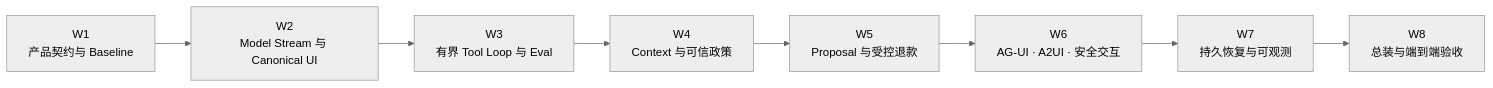
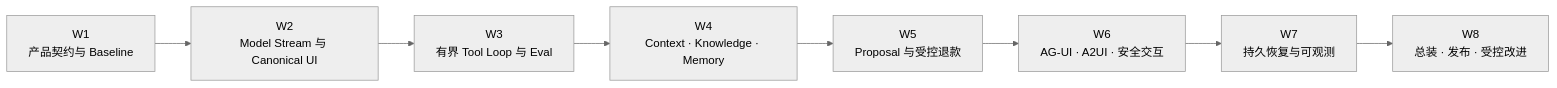
The diagram in site/11-综合实践与作品设计/04-八周学习与实践路径.md (whatthehan/masterpiece-static-docs), drawn with Mermaid (neutral theme) before and after one commit. The commit also changed other lines of this file and 144 other files, not shown here.

````diff
--- a/site/11-综合实践与作品设计/04-八周学习与实践路径.md
+++ b/site/11-综合实践与作品设计/04-八周学习与实践路径.md
@@ -7,10 +7,10 @@
 ```mermaid
 flowchart LR
     W1["W1<br/>产品契约与 Baseline"] --> W2["W2<br/>Model Stream 与 Canonical UI"]
     W2 --> W3["W3<br/>有界 Tool Loop 与 Eval"]
-    W3 --> W4["W4<br/>Context 与可信政策"]
+    W3 --> W4["W4<br/>Context · Knowledge · Memory"]
     W4 --> W5["W5<br/>Proposal 与受控退款"]
     W5 --> W6["W6<br/>AG-UI · A2UI · 安全交互"]
     W6 --> W7["W7<br/>持久恢复与可观测"]
-    W7 --> W8["W8<br/>总装与端到端验收"]
+    W7 --> W8["W8<br/>总装 · 发布 · 受控改进"]
 ```
````
